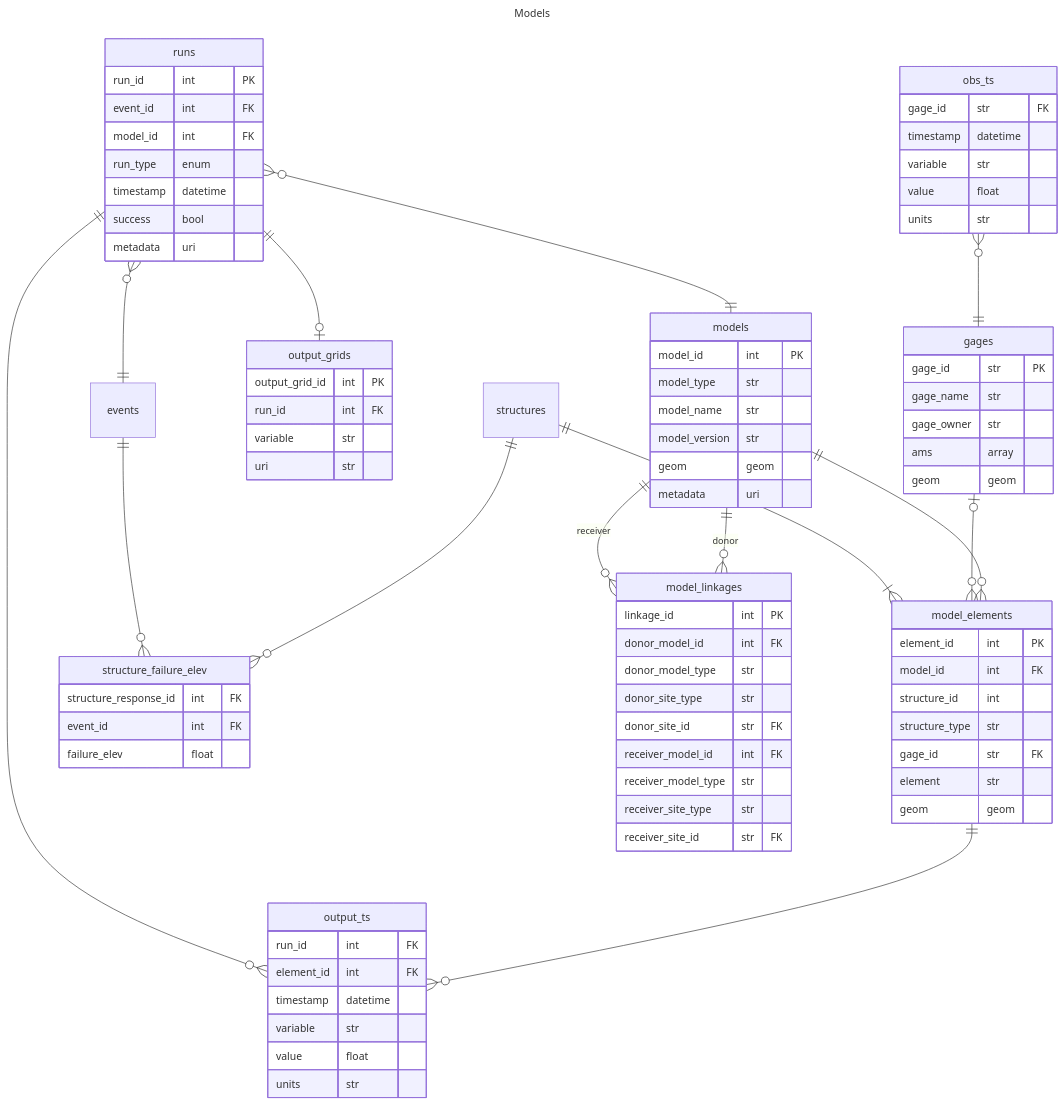
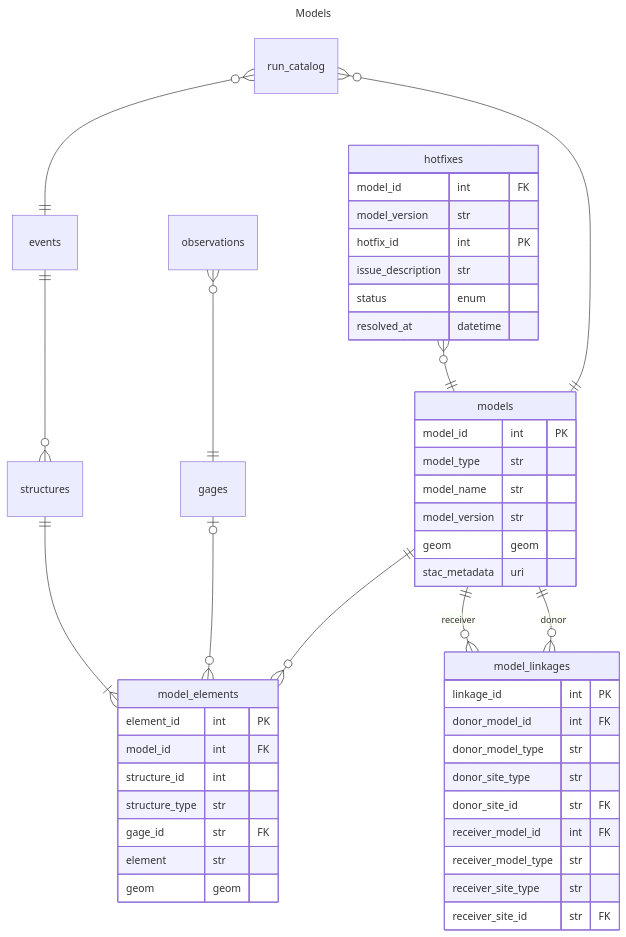
Before and after one commit to fema-ffrd/ffrd-data-model: the diagram in rdb/models.mmd, drawn with Mermaid. The commit also changed 25 other files, not shown here.

```diff
--- a/rdb/models.mmd
+++ b/rdb/models.mmd
@@ -1,94 +1,56 @@
 ---
 title: Models
 ---
 
 erDiagram
 
-    obs_ts }o--|| gages : ""
+    observations }o--|| gages : ""
     models ||--o{ model_elements : ""
-    model_elements ||--o{ output_ts : ""
     gages |o--o{ model_elements : ""
-    runs ||--o{ output_ts : ""
-    runs ||--o| output_grids : ""
+
     structures ||--|{ model_elements : ""
-    structures ||--o{ structure_failure_elev : ""
-    events ||--o{ structure_failure_elev : ""
-    runs }o--|| models : ""
-    runs }o--|| events : ""
+    events ||--o{ structures : ""
+    run_catalog }o--|| models : ""
+    run_catalog }o--|| events : ""
     models ||--o{ model_linkages : "donor"
     models ||--o{ model_linkages : "receiver"
+    hotfixes }o--|| models : ""
 
-    events {
-       }
-    gages {
-        gage_id str PK
-        gage_name str
-        gage_owner str
-        ams array
-        geom geom
-    }
     models {
         model_id int PK
         model_type str
         model_name str
         model_version str
         geom geom
-        metadata uri
+        stac_metadata uri
     }
     model_elements {
         element_id int PK
         model_id int FK
         structure_id int
         structure_type str
         gage_id str FK
         element str
         geom geom
     }
-    output_ts {
-        run_id int FK
-        element_id int FK
-        timestamp datetime
-        variable str
-        value float
-        units str
-    }
-    output_grids {
-        output_grid_id int PK
-        run_id int FK
-        variable str
-        uri str
-    }
-    obs_ts {
-        gage_id str FK
-        timestamp datetime
-        variable str
-        value float
-        units str
-    }
+
     model_linkages {
         linkage_id int PK
         donor_model_id int FK
         donor_model_type str
         donor_site_type str
         donor_site_id str FK
         receiver_model_id int FK
         receiver_model_type str
         receiver_site_type str
         receiver_site_id str FK
     }
-    structures {
+
+    hotfixes {
+        model_id int FK
+        model_version str
+        hotfix_id int PK
+        issue_description str
+        status enum
+        resolved_at datetime
     }
-    runs {
-        run_id int PK
-        event_id int FK
-        model_id int FK
-        run_type enum
-        timestamp datetime
-        success bool
-        metadata uri
-    }
-    structure_failure_elev {
-        structure_response_id int FK
-        event_id int FK
-        failure_elev float
-    }
```
